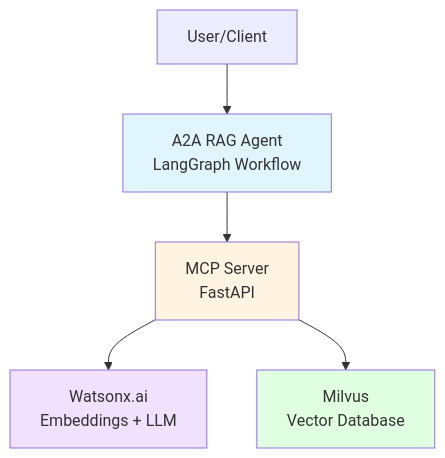
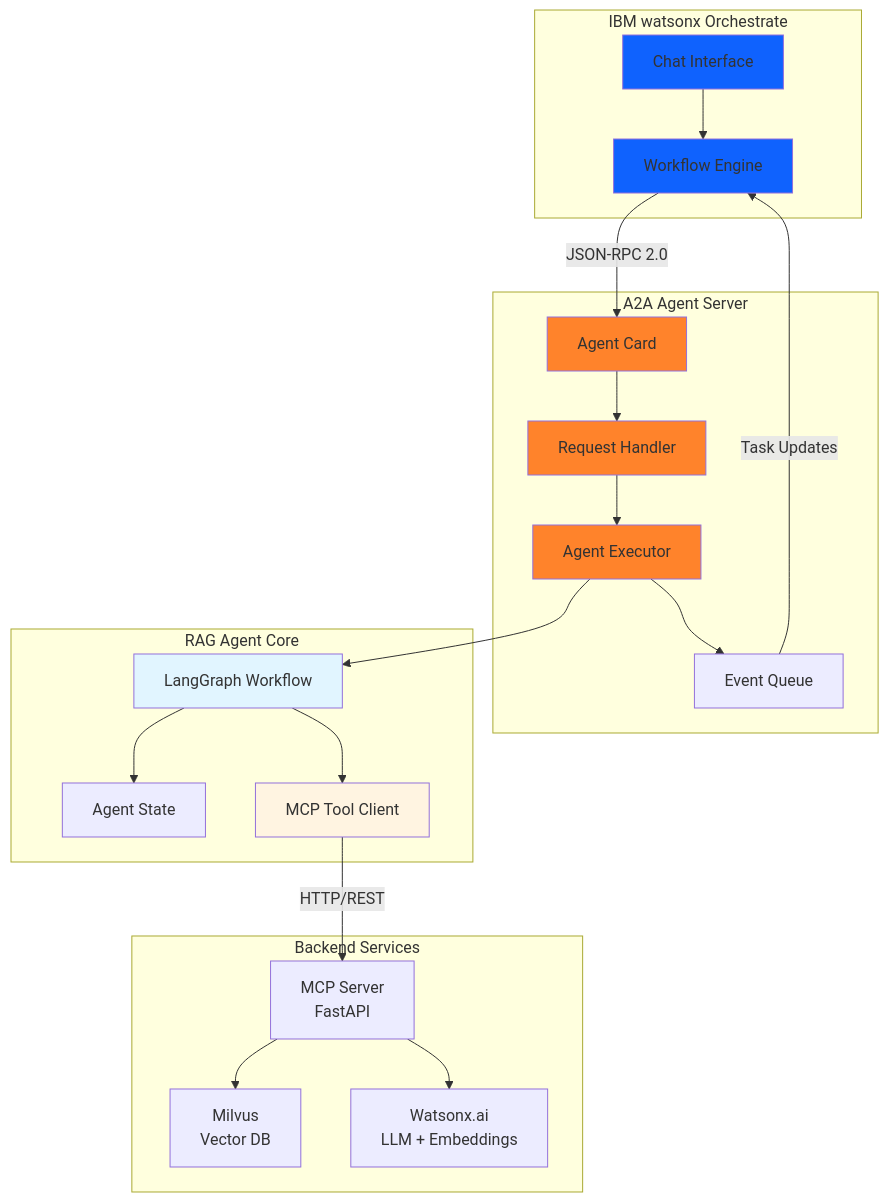
One commit to binnes/a2a changed the first of 2 diagrams in docs/docs/rag/overview.md. Above: the diagram before and after it, drawn with Mermaid. The commit also changed other lines of this file and 30 other files, not shown here.

````diff
--- a/docs/docs/rag/overview.md
+++ b/docs/docs/rag/overview.md
@@ -7,12 +7,48 @@
 ```mermaid
 graph TB
-    User[User/Client] --> Agent[A2A RAG Agent<br/>LangGraph Workflow]
-    Agent --> MCP[MCP Server<br/>FastAPI]
-    MCP --> Watsonx[Watsonx.ai<br/>Embeddings + LLM]
-    MCP --> Milvus[Milvus<br/>Vector Database]
+    subgraph "IBM watsonx Orchestrate"
+        UI[Chat Interface]
+        WF[Workflow Engine]
+    end
     
-    style Agent fill:#e1f5ff
+    subgraph "A2A Agent Server"
+        AC[Agent Card]
+        RH[Request Handler]
+        AE[Agent Executor]
+        EQ[Event Queue]
+    end
+    
+    subgraph "RAG Agent Core"
+        LG[LangGraph Workflow]
+        ST[Agent State]
+        MCP[MCP Tool Client]
+    end
+    
+    subgraph "Backend Services"
+        MCPS[MCP Server<br/>FastAPI]
+        MILVUS[Milvus<br/>Vector DB]
+        WX[Watsonx.ai<br/>LLM + Embeddings]
+    end
+    
+    UI --> WF
+    WF -->|JSON-RPC 2.0| AC
+    AC --> RH
+    RH --> AE
+    AE --> LG
+    AE --> EQ
+    EQ -->|Task Updates| WF
+    
+    LG --> ST
+    LG --> MCP
+    MCP -->|HTTP/REST| MCPS
+    MCPS --> MILVUS
+    MCPS --> WX
+    
+    style UI fill:#0f62fe
+    style WF fill:#0f62fe
+    style AC fill:#ff832b
+    style RH fill:#ff832b
+    style AE fill:#ff832b
+    style LG fill:#e1f5ff
     style MCP fill:#fff4e1
-    style Watsonx fill:#f0e1ff
-    style Milvus fill:#e1ffe1
 ```
````
